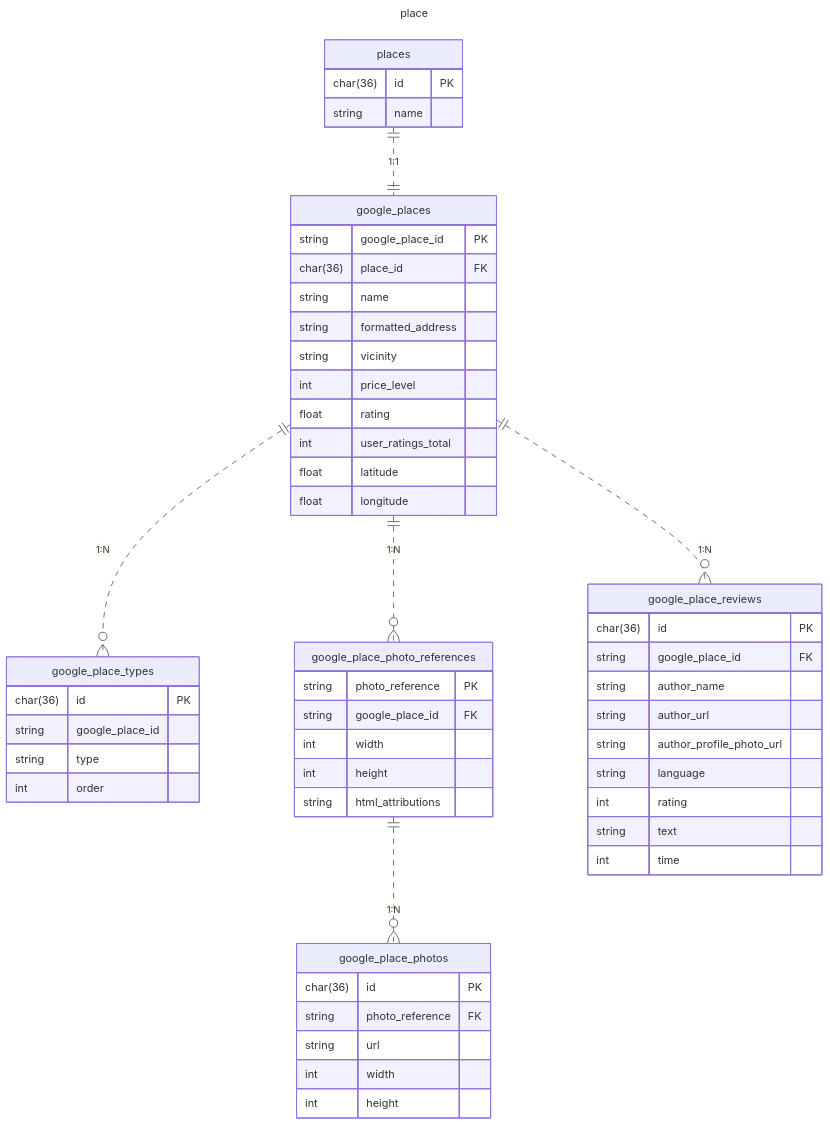
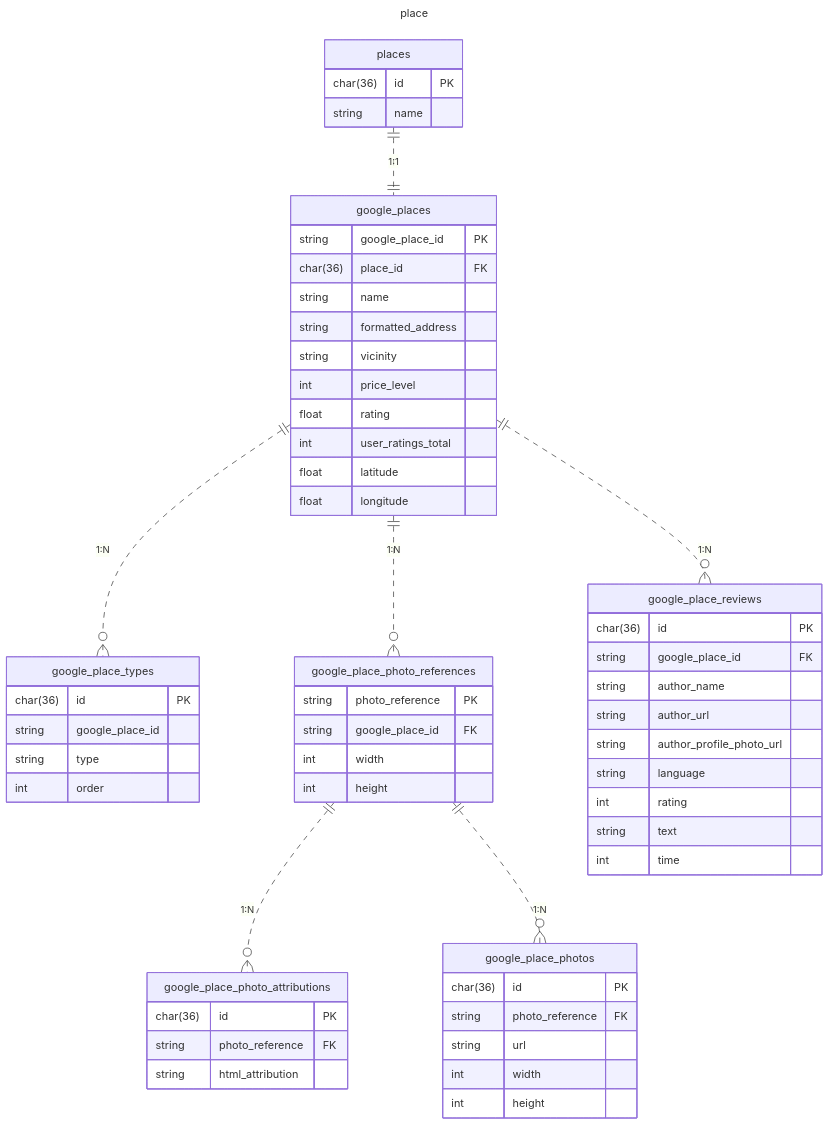
The second of 2 diagrams in doc/database/er.md (poroto-app/planner), drawn with Mermaid before and after one commit. The commit also changed 1 other file, not shown here.

Commit message:
feat(db): google place photo attributionsを別のテーブルに切り出し

````diff
--- a/doc/database/er.md
+++ b/doc/database/er.md
@@ -19,64 +19,70 @@
 ```mermaid
 ---
 title: place
 ---
 erDiagram
     places {
         char(36) id PK
         string name
     }
 
     google_places {
         string google_place_id PK
         char(36) place_id FK
         string name
         string formatted_address
         string vicinity
         int price_level
         float rating
         int user_ratings_total
         float latitude
         float longitude
     }
 
     google_place_types {
         char(36) id PK
         string google_place_id
         string type
         int order
     }
 
     google_place_photo_references {
         string photo_reference PK
         string google_place_id FK
         int width
         int height
-        string html_attributions
     }
 
     google_place_photos {
         char(36) id PK
         string photo_reference FK
         string url
         int width
         int height
+    }
+
+    google_place_photo_attributions {
+        char(36) id PK
+        string photo_reference FK
+        string html_attribution
     }
 
     google_place_reviews {
         char(36) id PK
         string google_place_id FK
         string author_name
         string author_url
         string author_profile_photo_url
         string language
         int rating
         string text
         int time
     }
 
     places ||..|| google_places: "1:1"
     google_places ||..o{ google_place_types: "1:N"
     google_places ||..o{ google_place_photo_references: "1:N"
+    google_place_photo_references ||..o{ google_place_photo_attributions: "1:N"
     google_place_photo_references ||..o{ google_place_photos: "1:N"
     google_places ||..o{ google_place_reviews: "1:N"
 ```
````
